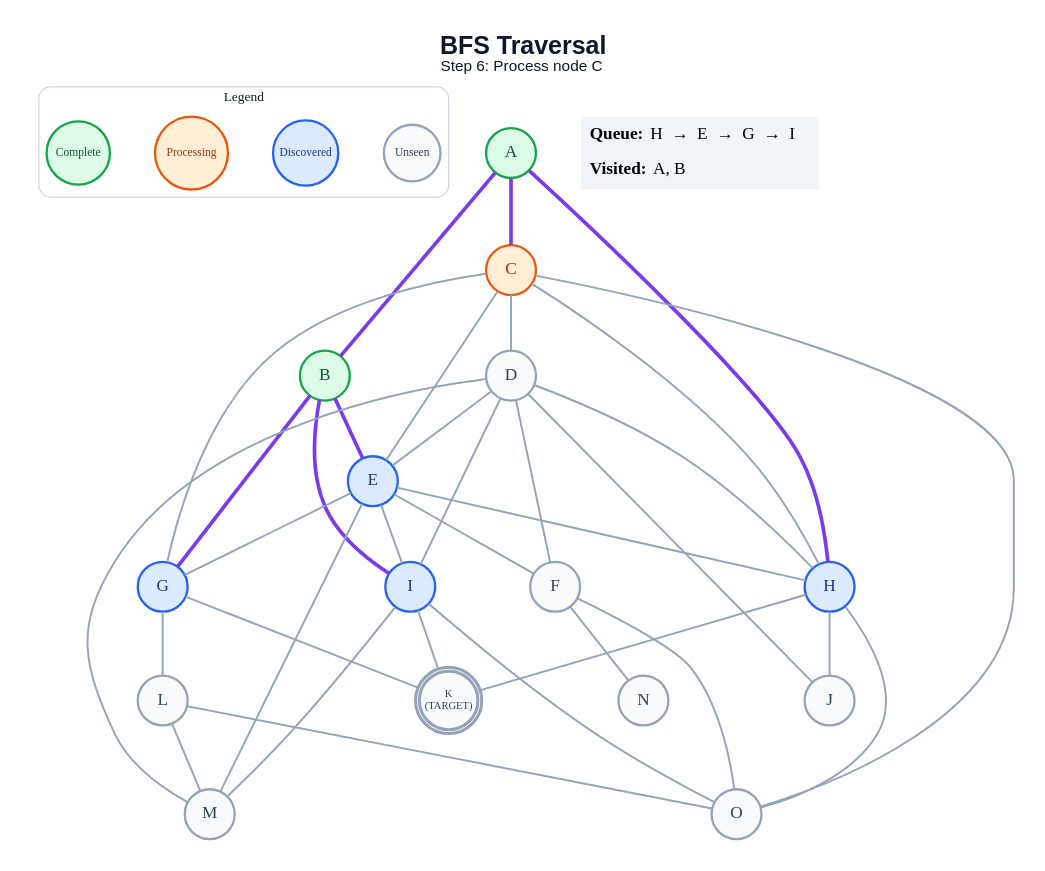
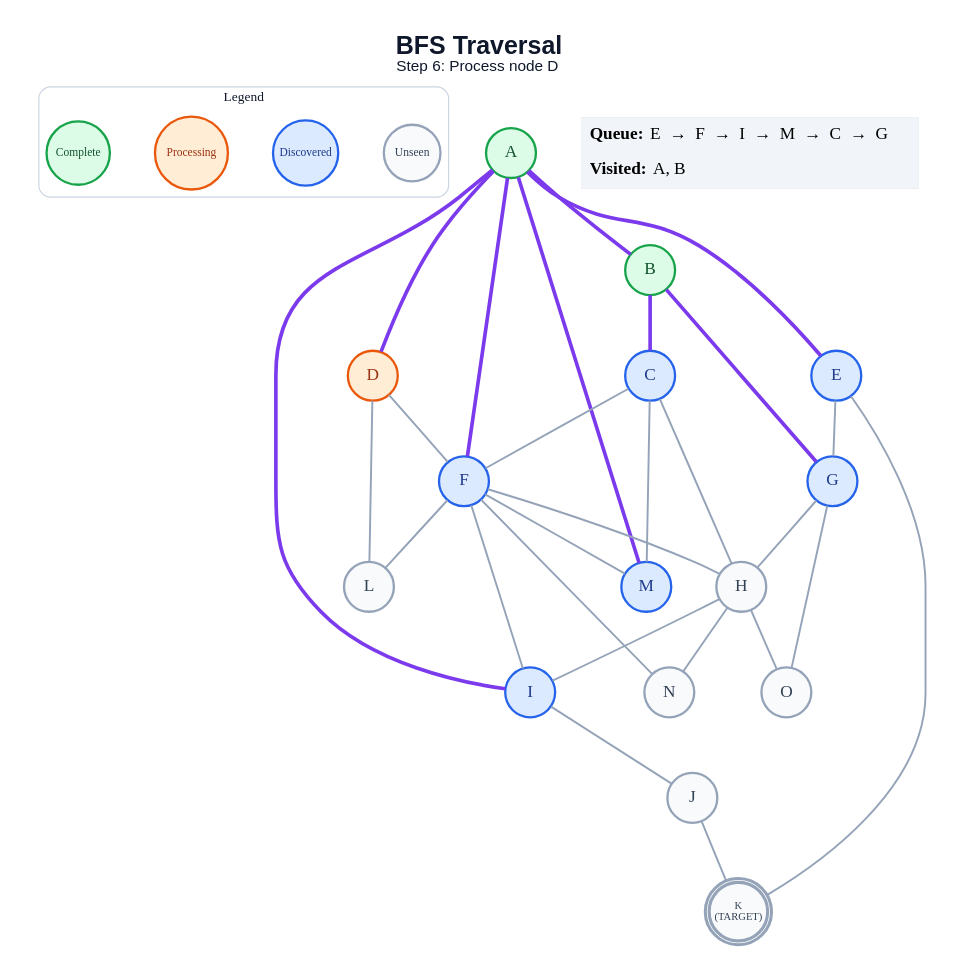
Before and after one commit to anon7238593-create/ai-slop: the diagram in generated/bfs/step_06.dot, drawn with Graphviz. The commit also changed 285 other files, not shown here.

```diff
--- a/generated/bfs/step_06.dot
+++ b/generated/bfs/step_06.dot
@@ -1,68 +1,61 @@
 graph traversal {
   graph [layout=dot, rankdir=TB, bgcolor="#FFFFFF", pad="0.35", nodesep="0.65", ranksep="0.8", fontname="Arial"];
   node [shape=circle, style="filled", fontname="Arial Bold", fontsize=18, width=0.72, fixedsize=true, penwidth=2.4];
   edge [color="#94A3B8", penwidth=2.0];
-  label=<<B>BFS Traversal</B><BR/><FONT POINT-SIZE="16">Step 6: Process node C</FONT>>; labelloc="t"; fontsize=26; fontname="Arial"; fontcolor="#0F172A";
+  label=<<B>BFS Traversal</B><BR/><FONT POINT-SIZE="16">Step 6: Process node D</FONT>>; labelloc="t"; fontsize=26; fontname="Arial"; fontcolor="#0F172A";
   subgraph cluster_legend { label="Legend"; color="#CBD5E1"; penwidth=1.2; style="rounded"; fontsize=14; fontname="Arial Bold";
     key_unseen [label="Unseen", fillcolor="#F8FAFC", color="#94A3B8", fontcolor="#334155", fontsize=12, width=0.82];
     key_frontier [label="Discovered", fillcolor="#DBEAFE", color="#2563EB", fontcolor="#1E3A8A", fontsize=12, width=0.95];
     key_current [label="Processing", fillcolor="#FFEDD5", color="#EA580C", fontcolor="#9A3412", fontsize=12, width=1.05];
     key_done [label="Complete", fillcolor="#DCFCE7", color="#16A34A", fontcolor="#14532D", fontsize=12, width=0.92];
     { rank=same; key_unseen; key_frontier; key_current; key_done; }
   }
   A [label="A", fillcolor="#DCFCE7", color="#16A34A", fontcolor="#14532D", peripheries=1, penwidth=2.4];
   B [label="B", fillcolor="#DCFCE7", color="#16A34A", fontcolor="#14532D", peripheries=1, penwidth=2.4];
-  C [label="C", fillcolor="#FFEDD5", color="#EA580C", fontcolor="#9A3412", peripheries=1, penwidth=2.4];
-  D [label="D", fillcolor="#F8FAFC", color="#94A3B8", fontcolor="#334155", peripheries=1, penwidth=2.4];
+  C [label="C", fillcolor="#DBEAFE", color="#2563EB", fontcolor="#1E3A8A", peripheries=1, penwidth=2.4];
+  D [label="D", fillcolor="#FFEDD5", color="#EA580C", fontcolor="#9A3412", peripheries=1, penwidth=2.4];
   E [label="E", fillcolor="#DBEAFE", color="#2563EB", fontcolor="#1E3A8A", peripheries=1, penwidth=2.4];
-  F [label="F", fillcolor="#F8FAFC", color="#94A3B8", fontcolor="#334155", peripheries=1, penwidth=2.4];
+  F [label="F", fillcolor="#DBEAFE", color="#2563EB", fontcolor="#1E3A8A", peripheries=1, penwidth=2.4];
   G [label="G", fillcolor="#DBEAFE", color="#2563EB", fontcolor="#1E3A8A", peripheries=1, penwidth=2.4];
-  H [label="H", fillcolor="#DBEAFE", color="#2563EB", fontcolor="#1E3A8A", peripheries=1, penwidth=2.4];
+  H [label="H", fillcolor="#F8FAFC", color="#94A3B8", fontcolor="#334155", peripheries=1, penwidth=2.4];
   I [label="I", fillcolor="#DBEAFE", color="#2563EB", fontcolor="#1E3A8A", peripheries=1, penwidth=2.4];
   J [label="J", fillcolor="#F8FAFC", color="#94A3B8", fontcolor="#334155", peripheries=1, penwidth=2.4];
   K [label="K\n(TARGET)", fillcolor="#F8FAFC", color="#94A3B8", fontcolor="#334155", peripheries=2, penwidth=3.2, fontsize=11, width=0.85, height=0.85];
   L [label="L", fillcolor="#F8FAFC", color="#94A3B8", fontcolor="#334155", peripheries=1, penwidth=2.4];
-  M [label="M", fillcolor="#F8FAFC", color="#94A3B8", fontcolor="#334155", peripheries=1, penwidth=2.4];
+  M [label="M", fillcolor="#DBEAFE", color="#2563EB", fontcolor="#1E3A8A", peripheries=1, penwidth=2.4];
   N [label="N", fillcolor="#F8FAFC", color="#94A3B8", fontcolor="#334155", peripheries=1, penwidth=2.4];
   O [label="O", fillcolor="#F8FAFC", color="#94A3B8", fontcolor="#334155", peripheries=1, penwidth=2.4];
   A -- B [color="#7C3AED", penwidth=3.8];
-  A -- C [color="#7C3AED", penwidth=3.8];
-  A -- H [color="#7C3AED", penwidth=3.8];
-  B -- E [color="#7C3AED", penwidth=3.8];
+  A -- D [color="#7C3AED", penwidth=3.8];
+  A -- E [color="#7C3AED", penwidth=3.8];
+  A -- F [color="#7C3AED", penwidth=3.8];
+  A -- I [color="#7C3AED", penwidth=3.8];
+  A -- M [color="#7C3AED", penwidth=3.8];
+  B -- C [color="#7C3AED", penwidth=3.8];
   B -- G [color="#7C3AED", penwidth=3.8];
-  B -- I [color="#7C3AED", penwidth=3.8];
-  C -- D;
-  C -- E;
-  C -- G;
+  C -- F;
   C -- H;
-  C -- O;
-  D -- E;
+  C -- M;
   D -- F;
-  D -- H;
-  D -- I;
-  D -- J;
-  D -- M;
-  E -- F;
+  D -- L;
   E -- G;
-  E -- H;
-  E -- I;
-  E -- M;
+  E -- K;
+  F -- H;
+  F -- I;
+  F -- L;
+  F -- M;
   F -- N;
-  F -- O;
-  G -- K;
-  G -- L;
-  H -- J;
-  H -- K;
+  G -- H;
+  G -- O;
+  H -- I;
+  H -- N;
   H -- O;
-  I -- K;
-  I -- M;
-  I -- O;
-  L -- M;
-  L -- O;
+  I -- J;
+  J -- K;
   status [shape=plain, fixedsize=false, width=0, height=0, margin=0, label=<
     <TABLE BORDER="0" CELLBORDER="0" CELLPADDING="7" BGCOLOR="#F1F5F9">
-      <TR><TD ALIGN="LEFT"><B>Queue:</B> H  →  E  →  G  →  I</TD></TR>
+      <TR><TD ALIGN="LEFT"><B>Queue:</B> E  →  F  →  I  →  M  →  C  →  G</TD></TR>
       <TR><TD ALIGN="LEFT"><B>Visited:</B> A, B</TD></TR>
     </TABLE>
   >];
 }
```
